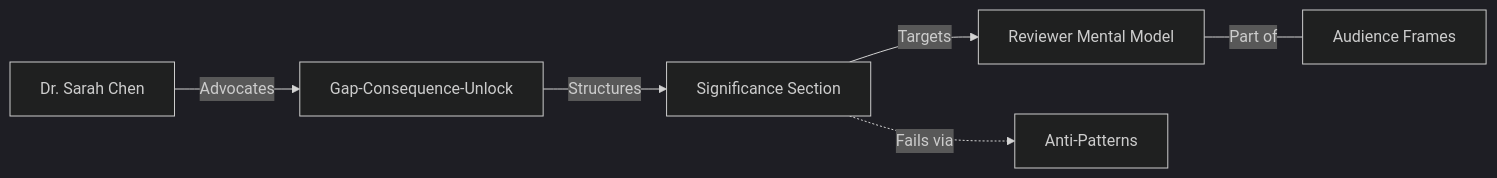
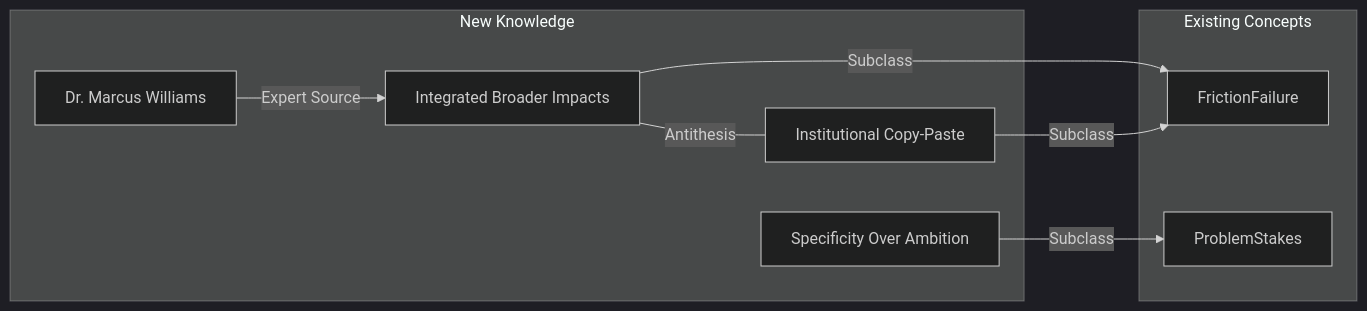
The diagram in .aswritten/drafts/tx-summaries/tx-summary.md (Aswritten-ai/perspective-grant-writing), drawn with Mermaid (dark theme) before and after one commit. The commit also changed other lines of this file, not shown here.

Commit message:
update: .aswritten/drafts/tx-summaries/tx-summary.md

````diff
--- a/.aswritten/drafts/tx-summaries/tx-summary.md
+++ b/.aswritten/drafts/tx-summaries/tx-summary.md
@@ -20,8 +19,20 @@
 ```mermaid
 graph LR
-    SC[Dr. Sarah Chen] -->|Advocates| GCU[Gap-Consequence-Unlock]
-    GCU -->|Structures| SS[Significance Section]
-    SS -->|Targets| RMM[Reviewer Mental Model]
-    SS -.->|Fails via| AP[Anti-Patterns]
-    RMM ---|Part of| AF[Audience Frames]
+    subgraph Existing Concepts
+    FF[FrictionFailure]
+    PS[ProblemStakes]
+    end
+
+    subgraph New Knowledge
+    IBI[Integrated Broader Impacts]
+    ICP[Institutional Copy-Paste]
+    SOA[Specificity Over Ambition]
+    MW[Dr. Marcus Williams]
+    end
+
+    MW -->|Expert Source| IBI
+    IBI -->|Subclass| FF
+    ICP -->|Subclass| FF
+    SOA -->|Subclass| PS
+    IBI ---|Antithesis| ICP
 ```
````
